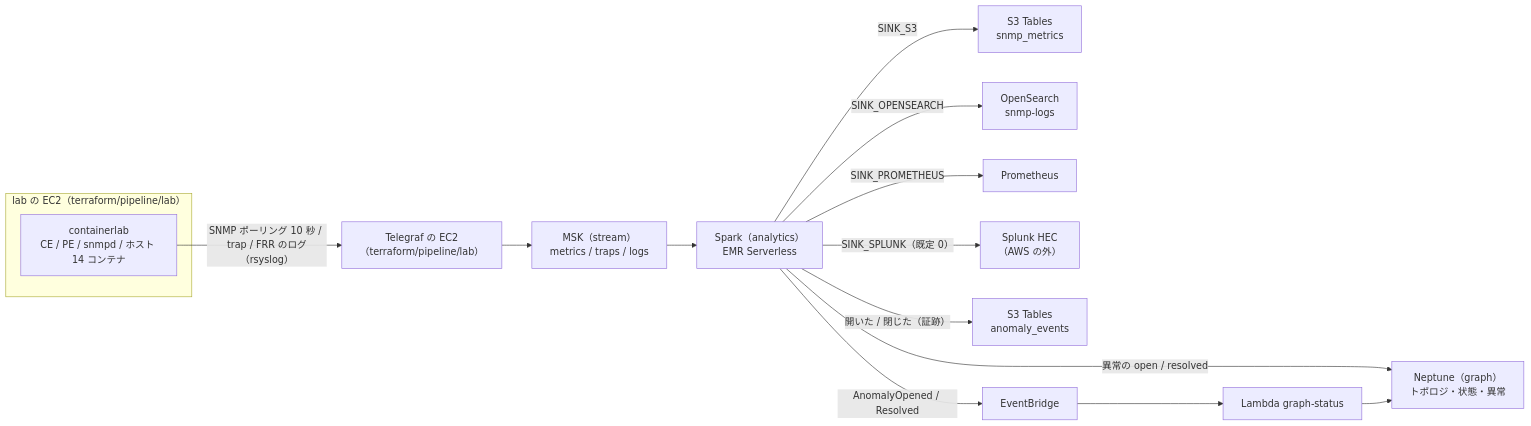
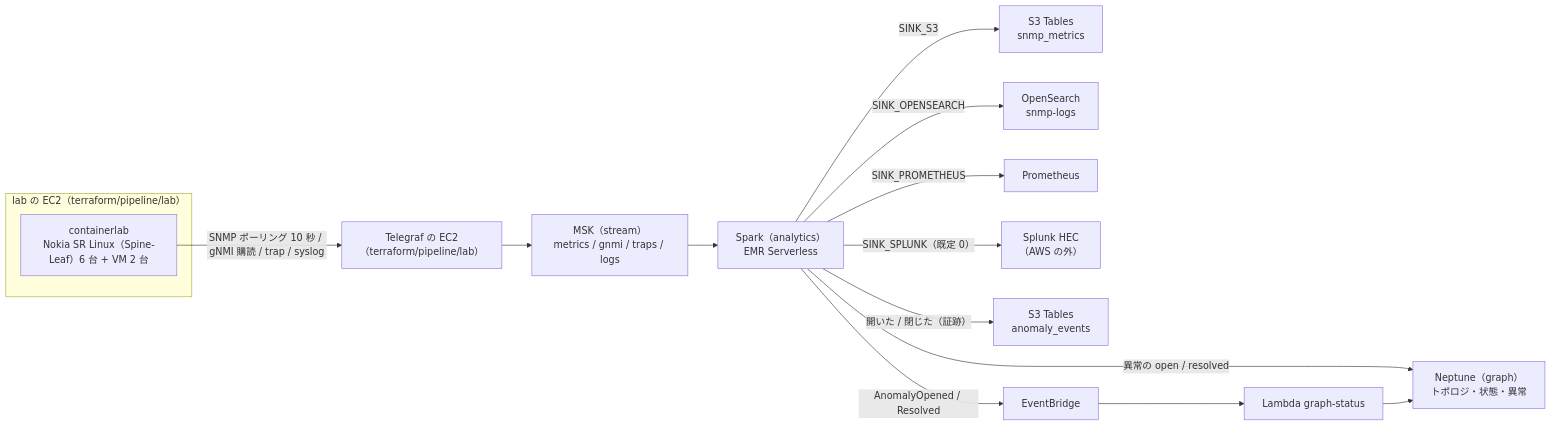
Before and after one commit to eddie-eights/cf-netops-sandbox: the diagram in docs/pipeline.md, drawn with Mermaid. The commit also changed other lines of this file and 76 other files, not shown here.

First line of the commit message:
lab を Spine-Leaf（SR Linux、EVPN-VXLAN）にして Neptune を 3 層に、BGP / IS-IS は gNMI で取る

````diff
--- a/docs/pipeline.md
+++ b/docs/pipeline.md
@@ -7,17 +7,17 @@
 ```mermaid
 flowchart LR
   subgraph LABEC2["lab の EC2（terraform/pipeline/lab）"]
-    CLAB["containerlab<br/>CE / PE / snmpd / ホスト 14 コンテナ"]
+    CLAB["containerlab<br/>Nokia SR Linux（Spine-Leaf）6 台 + VM 2 台"]
   end
-  CLAB -->|"SNMP ポーリング 10 秒 / trap / FRR のログ（rsyslog）"| TG["Telegraf の EC2<br/>（terraform/pipeline/lab）"]
-  TG --> MSK["MSK（stream）<br/>metrics / traps / logs"]
+  CLAB -->|"SNMP ポーリング 10 秒 / gNMI 購読 / trap / syslog"| TG["Telegraf の EC2<br/>（terraform/pipeline/lab）"]
+  TG --> MSK["MSK（stream）<br/>metrics / gnmi / traps / logs"]
   MSK --> SPARK["Spark（analytics）<br/>EMR Serverless"]
   SPARK -->|"SINK_S3"| ICE["S3 Tables<br/>snmp_metrics"]
   SPARK -->|"SINK_OPENSEARCH"| OS["OpenSearch<br/>snmp-logs"]
   SPARK -->|"SINK_PROMETHEUS"| PROM["Prometheus"]
   SPARK -->|"SINK_SPLUNK（既定 0）"| SPL["Splunk HEC<br/>（AWS の外）"]
   SPARK -->|"開いた / 閉じた（証跡）"| AEV["S3 Tables<br/>anomaly_events"]
   SPARK -->|"異常の open / resolved"| NEP["Neptune（graph）<br/>トポロジ・状態・異常"]
   SPARK -->|"AnomalyOpened / Resolved"| EB["EventBridge"]
   EB --> GL["Lambda graph-status"] --> NEP
 ```
````
